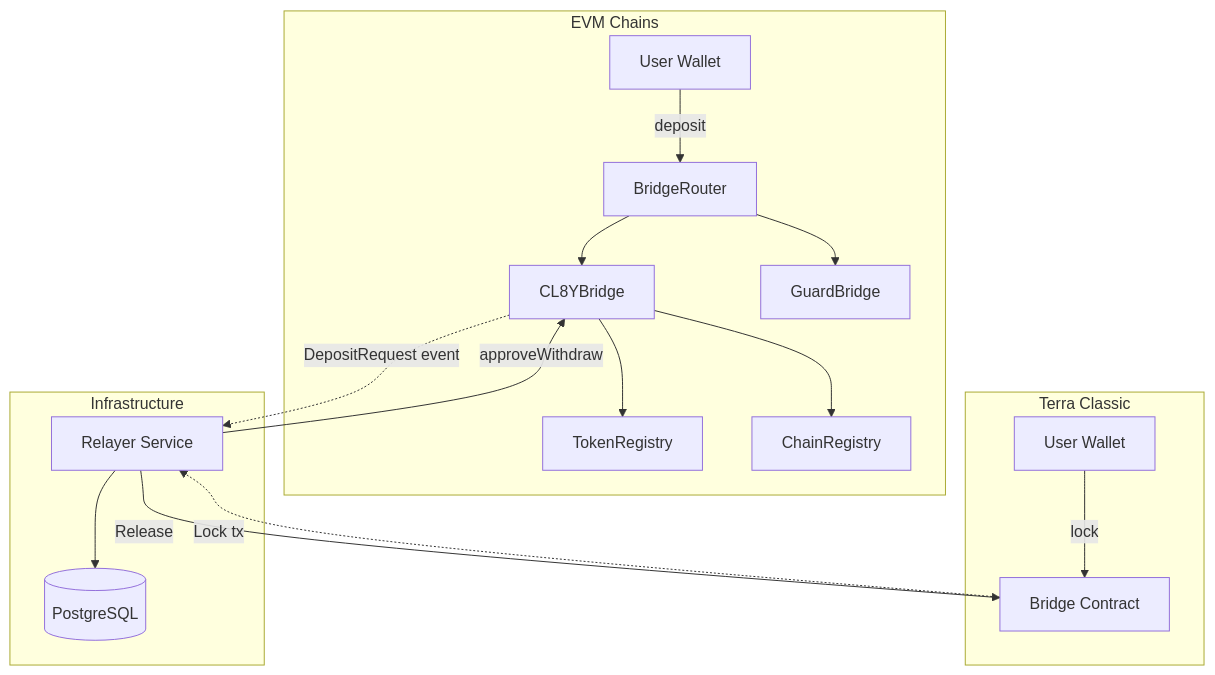
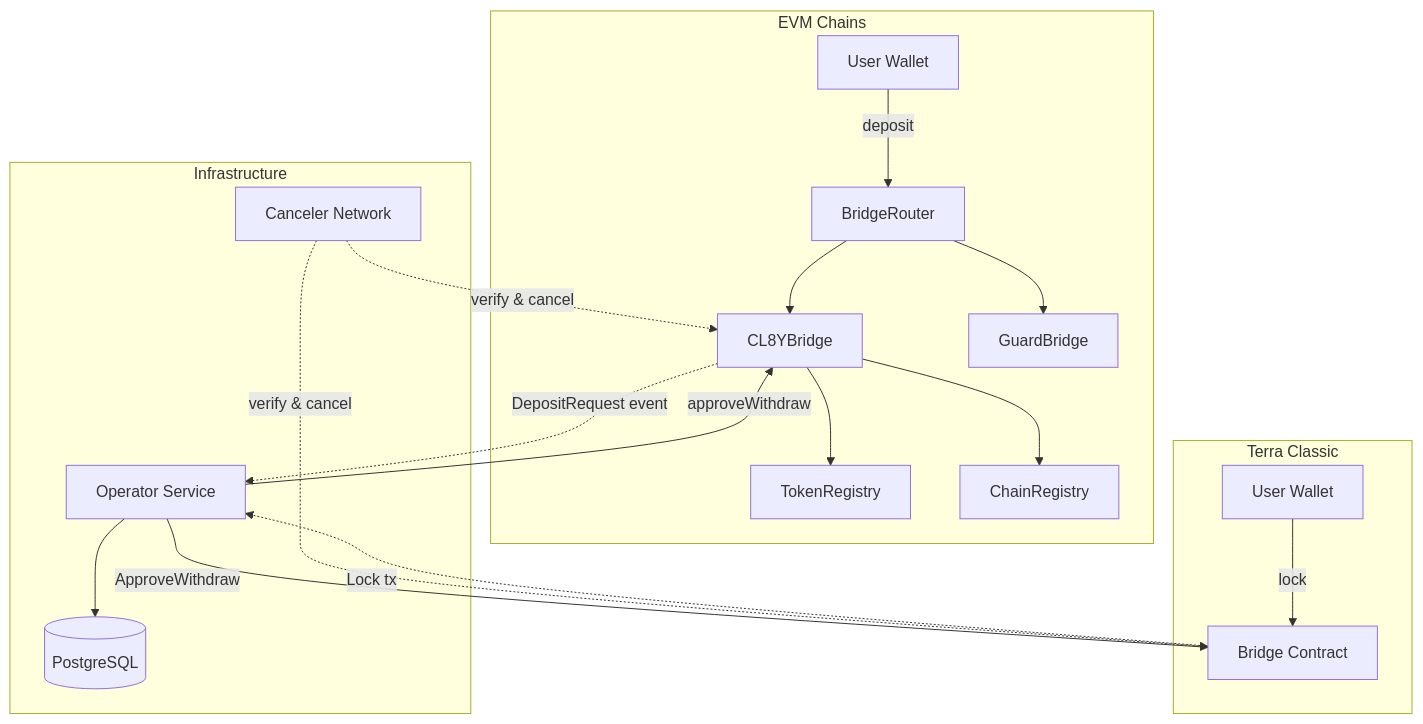
One commit to PlasticDigits/cl8y-bridge-monorepo changed the first of 4 diagrams in docs/architecture.md. Above: the diagram before and after it, drawn with Mermaid. The commit also changed other lines of this file and 130 other files, not shown here.

````diff
--- a/docs/architecture.md
+++ b/docs/architecture.md
@@ -9,35 +9,38 @@
 ```mermaid
 flowchart TB
     subgraph EVM[EVM Chains]
         EVMUser[User Wallet]
         Router[BridgeRouter]
         Bridge[CL8YBridge]
         TokenReg[TokenRegistry]
         ChainReg[ChainRegistry]
         Guards[GuardBridge]
     end
 
     subgraph Terra[Terra Classic]
         TerraUser[User Wallet]
         TerraBridge[Bridge Contract]
     end
 
     subgraph Infra[Infrastructure]
-        Relayer[Relayer Service]
+        Operator[Operator Service]
+        Canceler[Canceler Network]
         DB[(PostgreSQL)]
     end
 
     EVMUser -->|deposit| Router
     Router --> Bridge
     Bridge --> TokenReg
     Bridge --> ChainReg
     Router --> Guards
 
     TerraUser -->|lock| TerraBridge
 
-    Bridge -.->|DepositRequest event| Relayer
-    TerraBridge -.->|Lock tx| Relayer
-    Relayer -->|approveWithdraw| Bridge
-    Relayer -->|Release| TerraBridge
-    Relayer --> DB
+    Bridge -.->|DepositRequest event| Operator
+    TerraBridge -.->|Lock tx| Operator
+    Operator -->|approveWithdraw| Bridge
+    Operator -->|ApproveWithdraw| TerraBridge
+    Operator --> DB
+    Canceler -.->|verify & cancel| Bridge
+    Canceler -.->|verify & cancel| TerraBridge
 ```
````
